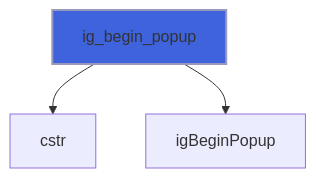
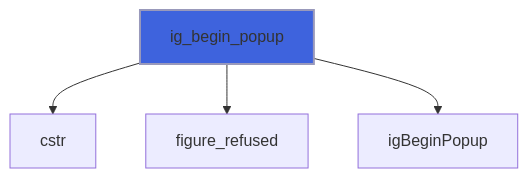
Diagram 13 of 14 in docs/api/src/lib/figure_menu.md (szaghi/figure), drawn with Mermaid before and after one commit. The commit also changed other lines of this file and 13 other files, not shown here.

````diff
--- a/docs/api/src/lib/figure_menu.md
+++ b/docs/api/src/lib/figure_menu.md
@@ -297,6 +299,7 @@
 ```mermaid
 flowchart TD
   ig_begin_popup["ig_begin_popup"] --> cstr["cstr"]
+  ig_begin_popup["ig_begin_popup"] --> figure_refused["figure_refused"]
   ig_begin_popup["ig_begin_popup"] --> igBeginPopup["igBeginPopup"]
   style ig_begin_popup fill:#3e63dd,stroke:#99b,stroke-width:2px
 ```
````
